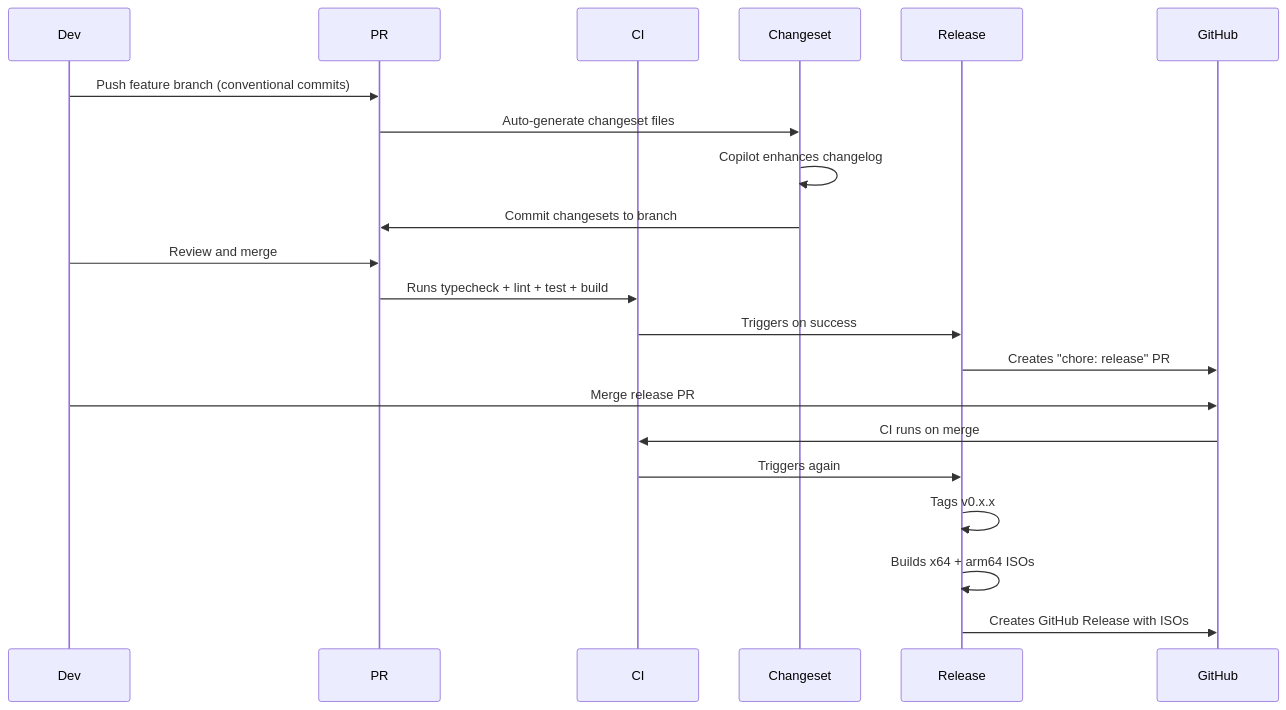
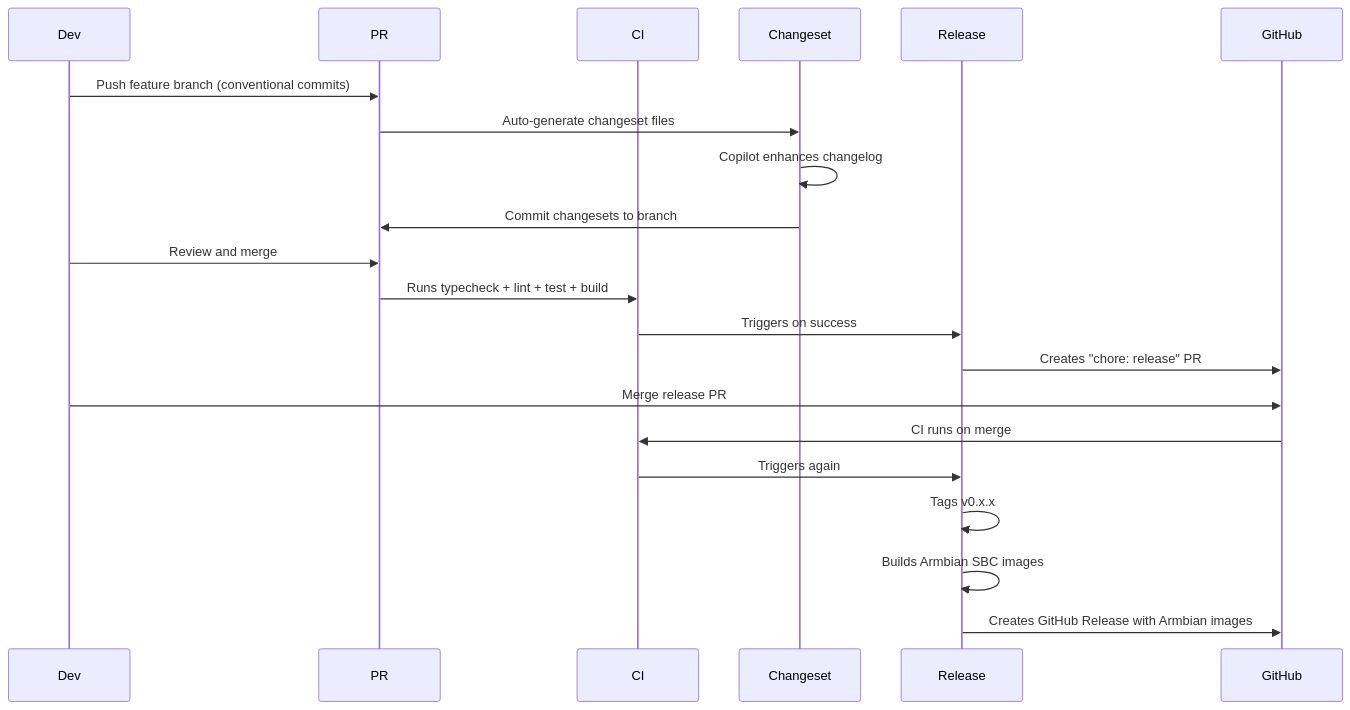
One commit to thejustinwalsh/noron changed the fifth of 5 diagrams in .github/workflows/README.md. Above: the diagram before and after it, drawn with Mermaid. The commit also changed other lines of this file and 4 other files, not shown here.

Commit message:
ci: publish only Armbian release images

````diff
--- a/.github/workflows/README.md
+++ b/.github/workflows/README.md
@@ -101,24 +101,24 @@
 ```mermaid
 sequenceDiagram
     participant Dev
     participant PR
     participant CI
     participant Changeset
     participant Release
     participant GitHub
 
     Dev->>PR: Push feature branch (conventional commits)
     PR->>Changeset: Auto-generate changeset files
     Changeset->>Changeset: Copilot enhances changelog
     Changeset->>PR: Commit changesets to branch
     Dev->>PR: Review and merge
     PR->>CI: Runs typecheck + lint + test + build
     CI->>Release: Triggers on success
     Release->>GitHub: Creates "chore: release" PR
     Dev->>GitHub: Merge release PR
     GitHub->>CI: CI runs on merge
     CI->>Release: Triggers again
     Release->>Release: Tags v0.x.x
-    Release->>Release: Builds x64 + arm64 ISOs
-    Release->>GitHub: Creates GitHub Release with ISOs
+    Release->>Release: Builds Armbian SBC images
+    Release->>GitHub: Creates GitHub Release with Armbian images
 ```
````
